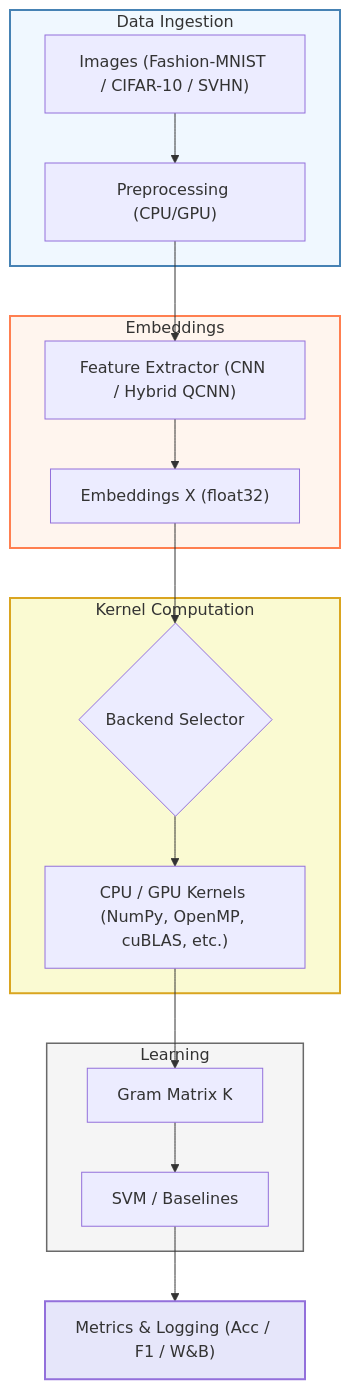
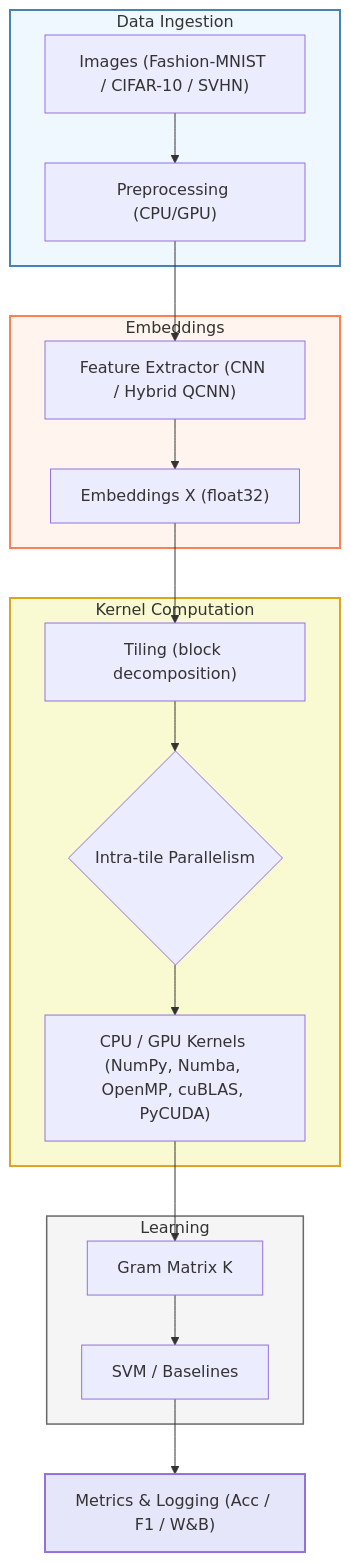
Before and after one commit to DylanUnifi/ProjectWorkParallelProgramming: the diagram in README.md, drawn with Mermaid.

````diff
--- a/README.md
+++ b/README.md
@@ -191,37 +191,37 @@
 ```mermaid
 flowchart TD
   subgraph IO [Data Ingestion]
     A["Images (Fashion-MNIST / CIFAR-10 / SVHN)"]
     B["Preprocessing (CPU/GPU)"]
     A --> B
   end
   style IO fill:#f0f8ff,stroke:#4682b4,stroke-width:2px
 
   subgraph FE [Embeddings]
     C["Feature Extractor (CNN / Hybrid QCNN)"]
     B --> C
     D["Embeddings X (float32)"]
     C --> D
   end
   style FE fill:#fff5ee,stroke:#ff7f50,stroke-width:2px
 
   subgraph BK [Kernel Computation]
-    E{"Backend Selector"}
-    D --> E
-    F["CPU / GPU Kernels (NumPy, OpenMP, cuBLAS, etc.)"]
-    E --> F
+    E["Tiling (block decomposition)"]
+    F{"Intra-tile Parallelism"}
+    D --> E --> F
+    F --> G["CPU / GPU Kernels (NumPy, Numba, OpenMP, cuBLAS, PyCUDA)"]
   end
   style BK fill:#fafad2,stroke:#daa520,stroke-width:2px
 
-  F --> G["Gram Matrix K"]
+  G --> H["Gram Matrix K"]
 
   subgraph ML [Learning]
-    H["SVM / Baselines"]
-    G --> H
+    I["SVM / Baselines"]
+    H --> I
   end
   style ML fill:#f5f5f5,stroke:#696969,stroke-width:1.5px
 
-  I["Metrics & Logging (Acc / F1 / W&B)"]
-  H --> I
-  style I fill:#e6e6fa,stroke:#9370db,stroke-width:2px
+  J["Metrics & Logging (Acc / F1 / W&B)"]
+  I --> J
+  style J fill:#e6e6fa,stroke:#9370db,stroke-width:2px
 ```
````
